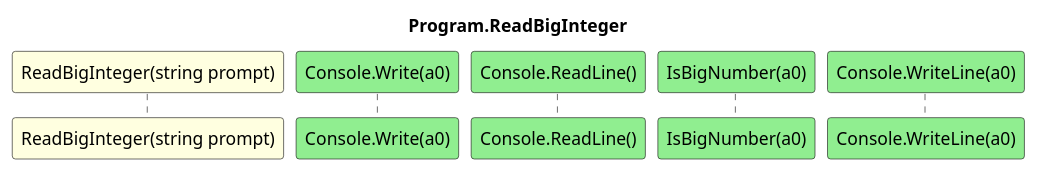
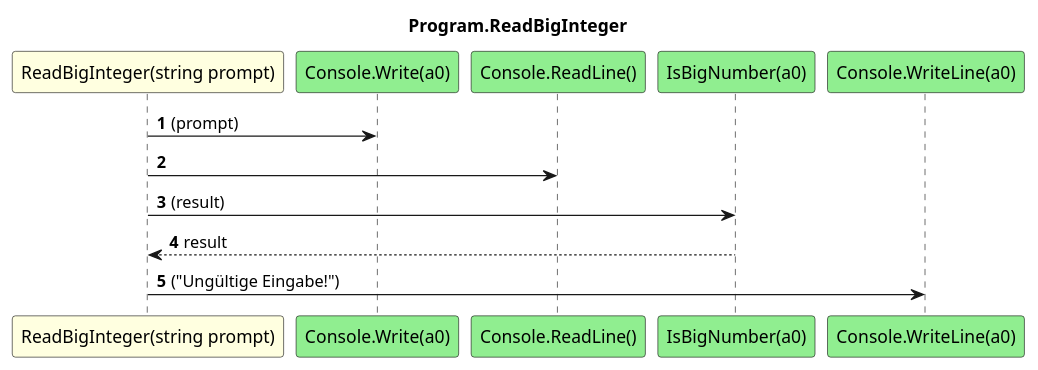
The diagram in AddBigInteger.ConApp/diagrams/sq_Program_ReadBigInteger.puml (leoggehrer/2324-34_ABIF_ACIF_POSE), drawn with PlantUML before and after one commit. The commit also changed 17 other files, not shown here.

Commit message:
Diagrams generated.

```diff
--- a/AddBigInteger.ConApp/diagrams/sq_Program_ReadBigInteger.puml
+++ b/AddBigInteger.ConApp/diagrams/sq_Program_ReadBigInteger.puml
@@ -1,9 +1,14 @@
 @startuml Program.ReadBigInteger
 title Program.ReadBigInteger
 participant "ReadBigInteger(string prompt)" as ReadBigInteger_p0 #LightYellow
-participant "Console.Write(a0)" as Console.Write_a0 #LightGreen
-participant "Console.ReadLine()" as Console.ReadLine #LightGreen
+participant "Console.Write(a0)" as Console_Write_a0 #LightGreen
+participant "Console.ReadLine()" as Console_ReadLine #LightGreen
 participant "IsBigNumber(a0)" as IsBigNumber_a0 #LightGreen
-participant "Console.WriteLine(a0)" as Console.WriteLine_a0 #LightGreen
+participant "Console.WriteLine(a0)" as Console_WriteLine_a0 #LightGreen
 autonumber
+ReadBigInteger_p0 -> Console_Write_a0 : (prompt)
+ReadBigInteger_p0 -> Console_ReadLine
+ReadBigInteger_p0 -> IsBigNumber_a0 : (result)
+IsBigNumber_a0 --> ReadBigInteger_p0 : result
+ReadBigInteger_p0 -> Console_WriteLine_a0 : ("Ungültige Eingabe!")
 @enduml
```
